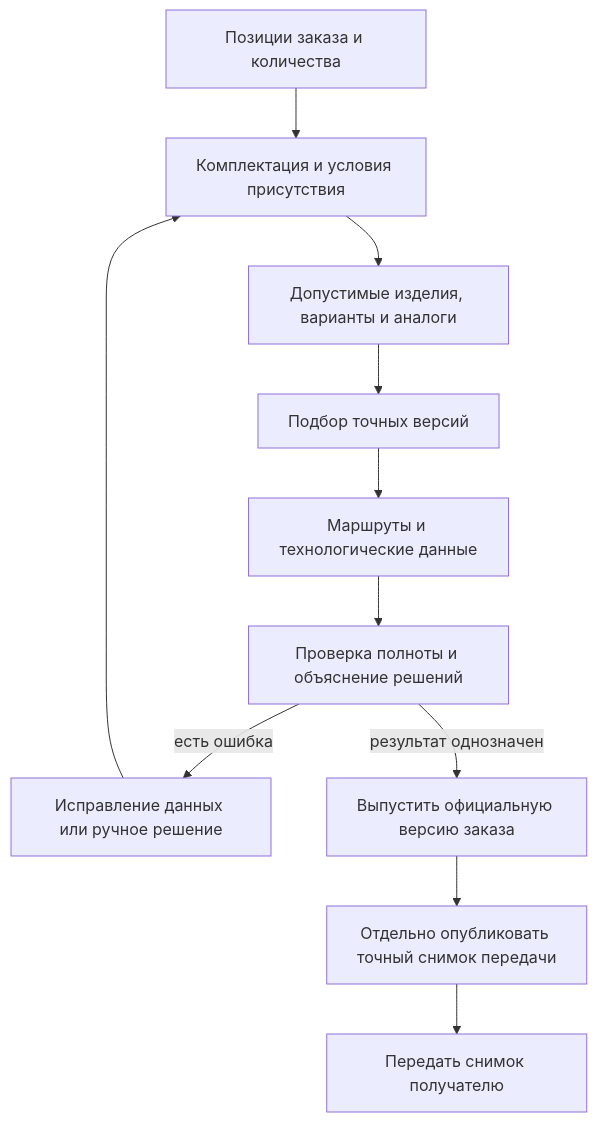
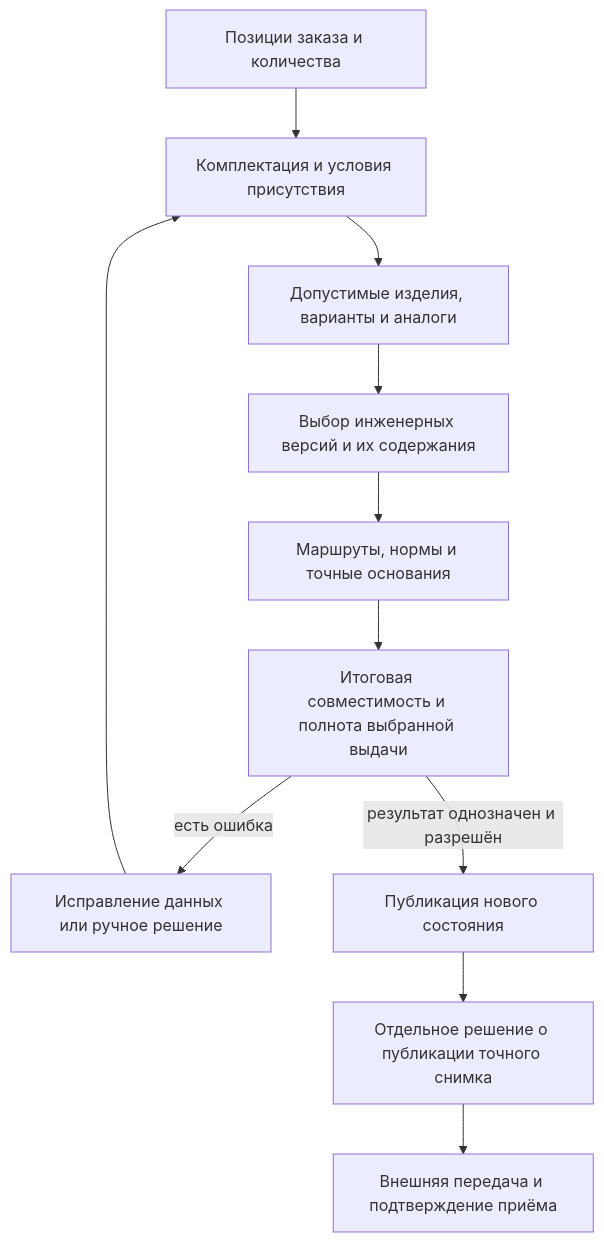
Before and after one commit to ZelAnton/Interlink-product-book: the first of 2 diagrams in docs/orders/06-production-order-resolution.md, drawn with Mermaid. The commit also changed other lines of this file and 231 other files, not shown here.

````diff
--- a/docs/orders/06-production-order-resolution.md
+++ b/docs/orders/06-production-order-resolution.md
@@ -9,13 +11,13 @@
 ```mermaid
 flowchart TD
     A["Позиции заказа и количества"] --> B["Комплектация и условия присутствия"]
     B --> C["Допустимые изделия, варианты и аналоги"]
-    C --> D["Подбор точных версий"]
-    D --> E["Маршруты и технологические данные"]
-    E --> F["Проверка полноты и объяснение решений"]
+    C --> D["Выбор инженерных версий и их содержания"]
+    D --> E["Маршруты, нормы и точные основания"]
+    E --> F["Итоговая совместимость и полнота выбранной выдачи"]
     F -->|"есть ошибка"| G["Исправление данных или ручное решение"]
     G --> B
-    F -->|"результат однозначен"| H["Выпустить официальную версию заказа"]
-    H --> I["Отдельно опубликовать точный снимок передачи"]
-    I --> J["Передать снимок получателю"]
+    F -->|"результат однозначен и разрешён"| H["Публикация нового состояния"]
+    H --> I["Отдельное решение о публикации точного снимка"]
+    I --> J["Внешняя передача и подтверждение приёма"]
 ```
````
